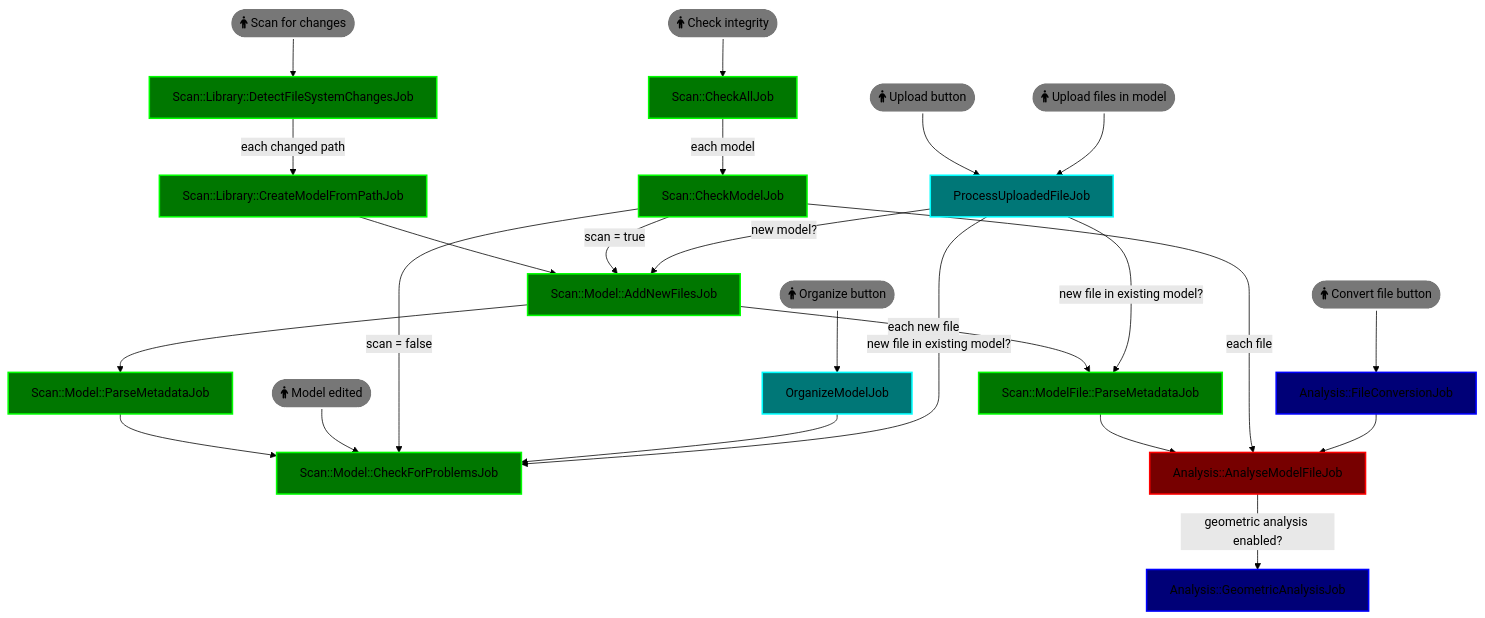
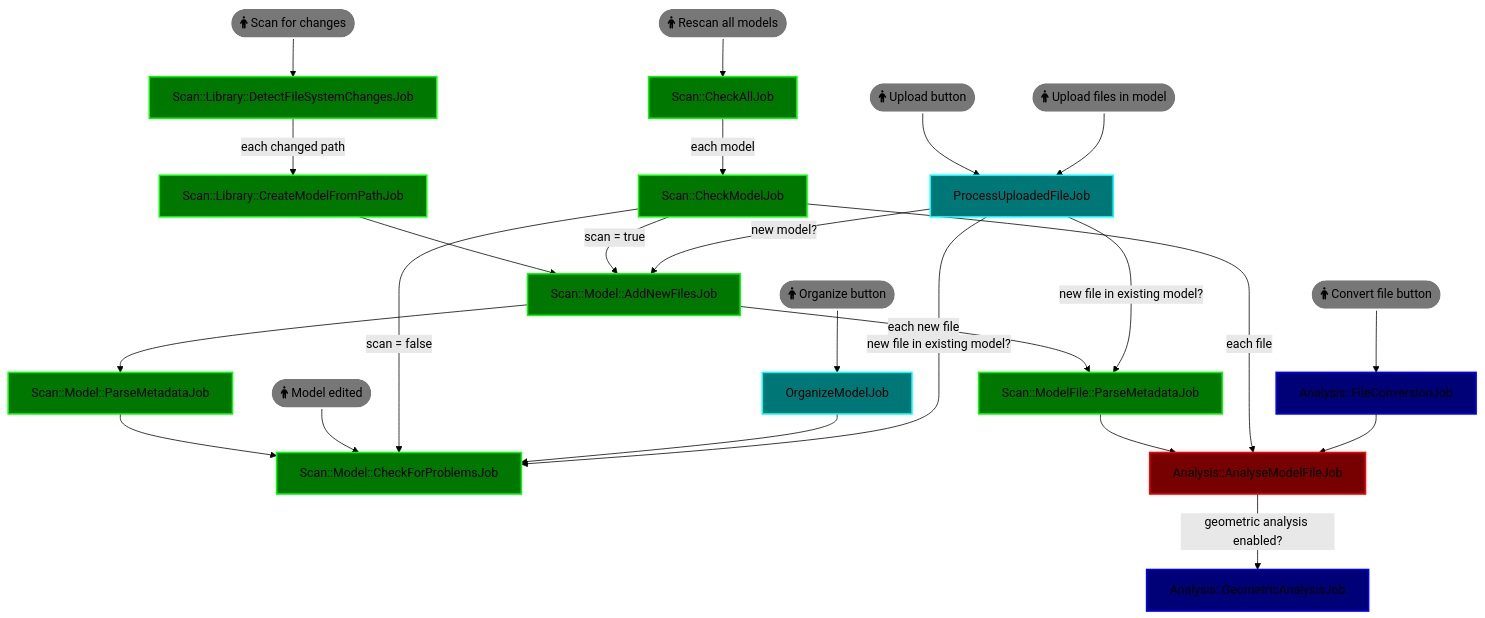
The diagram in app/jobs/README.md (manyfold3d/manyfold), drawn with Mermaid (forest theme) before and after one commit. The commit also changed 6 other files, not shown here.

Commit message:
Change "check all models" scan to "rescan all models", which will also re-parse metadata

````diff
--- a/app/jobs/README.md
+++ b/app/jobs/README.md
@@ -5,65 +5,65 @@
 ```mermaid
 flowchart TD
     DFS[Scan::Library::DetectFileSystemChangesJob]
     CMFP[Scan::Library::CreateModelFromPathJob]
     ANF[Scan::Model::AddNewFilesJob]
     PM[Scan::Model::ParseMetadataJob]
     PMF[Scan::ModelFile::ParseMetadataJob]
     CFP[Scan::Model::CheckForProblemsJob]
     CA[Scan::CheckAllJob]
     CM[Scan::CheckModelJob]
     OM[OrganizeModelJob]
     PUF[ProcessUploadedFileJob]
     AMF[Analysis::AnalyseModelFileJob]
     FC[Analysis::FileConversionJob]
     GA[Analysis::GeometricAnalysisJob]
 
     ModelEdit([fa:fa-person Model edited])
     Organize([fa:fa-person Organize button])
     ScanAll([fa:fa-person Scan for changes])
-    CheckAll([fa:fa-person Check integrity])
+    CheckAll([fa:fa-person Rescan all models])
     MainUpload([fa:fa-person Upload button])
     FileUpload([fa:fa-person Upload files in model])
     FileConvert([fa:fa-person Convert file button])
 
     ScanAll --> DFS
     CheckAll --> CA
     DFS -->|each changed path| CMFP
     CMFP --> ANF
     ANF --> PM
     ANF -->|each new file| PMF
     PM --> CFP
     ModelEdit --> CFP
     PMF --> AMF
     AMF -->|geometric analysis enabled?| GA
     CA -->|each model| CM
     CM -->|scan = true| ANF
     CM -->|scan = false| CFP
     CM -->|each file| AMF
     Organize --> OM
     OM --> CFP
     MainUpload --> PUF
     FileUpload --> PUF
     PUF -->|new model?| ANF
     PUF -->|new file in existing model?| CFP
     PUF -->|new file in existing model?| PMF
     FileConvert --> FC
     FC --> AMF
 
 
     classDef queue_analysis fill:#700,stroke:#f00,stroke-width:2px;
     classDef queue_activity fill:#770,stroke:#ff0,stroke-width:2px;
     classDef queue_scan fill:#070,stroke:#0f0,stroke-width:2px;
     classDef queue_default fill:#077,stroke:#0ff,stroke-width:2px;
     classDef queue_performance fill:#007,stroke:#00f,stroke-width:2px;
     classDef queue_upgrade fill:#707,stroke:#f0f,stroke-width:2px;
 
     class DFS,CA,CM,CMFP,ANF,PM,PMF,CFP queue_scan
     class FC,GA queue_performance
     class AMF queue_analysis
     class OM,PUF queue_default
 
     classDef user_action fill:#777,stroke:#fff,stroke-width:2px;
     class ModelEdit,Organize,ScanAll,CheckAll,MainUpload,FileUpload,FileConvert user_action
 
 ```
````
